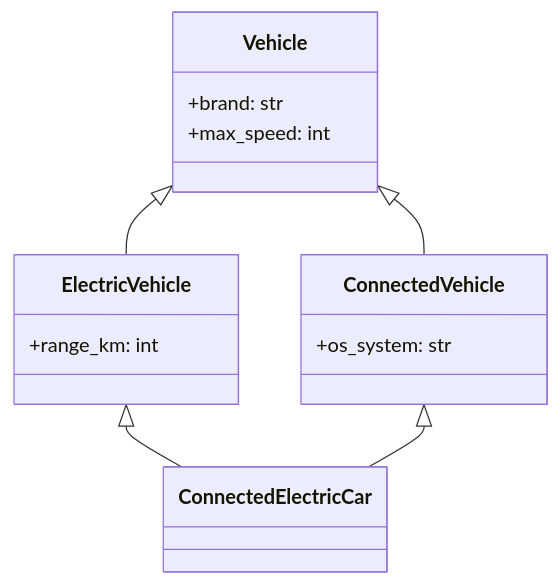
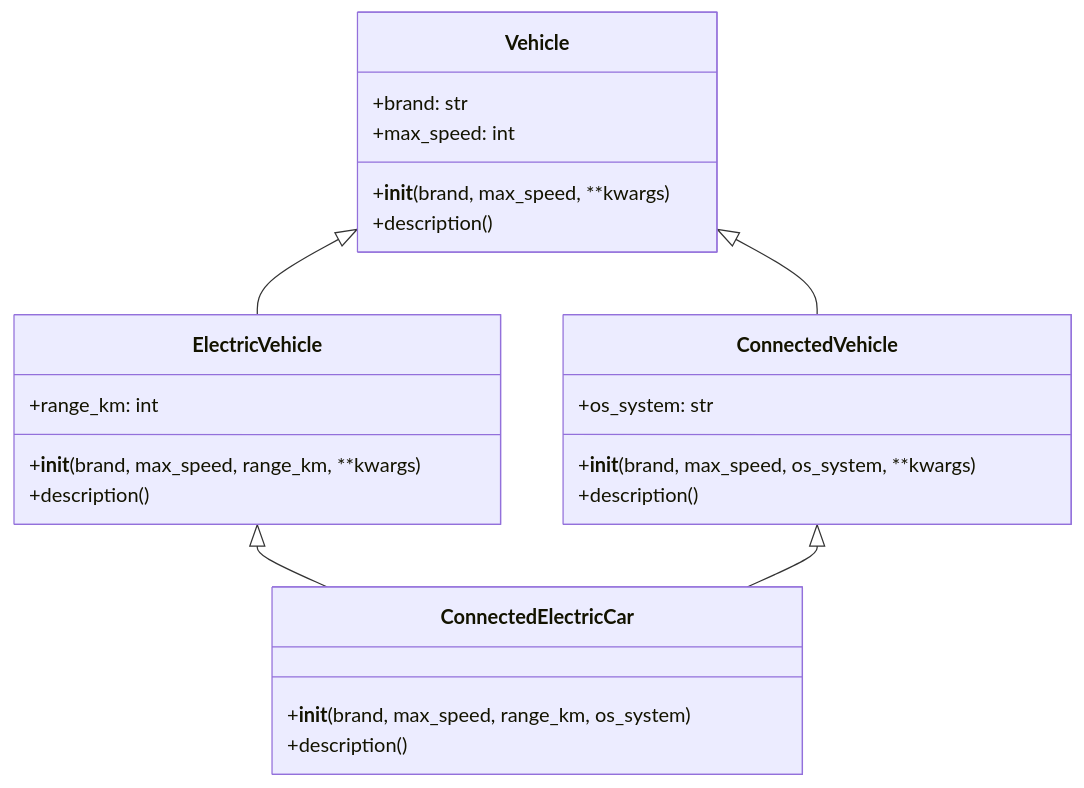
Diagram 13 of 22 in README.md (Lagmouchyoussef/Python-Practical-Works), drawn with Mermaid before and after one commit. The commit also changed other lines of this file, not shown here.

````diff
--- a/README.md
+++ b/README.md
@@ -342,23 +453,31 @@
 ```mermaid
 classDiagram
     class Vehicle {
         +brand: str
         +max_speed: int
+        +__init__(brand, max_speed, **kwargs)
+        +description()
     }
     
     class ElectricVehicle {
         +range_km: int
+        +__init__(brand, max_speed, range_km, **kwargs)
+        +description()
     }
     
     class ConnectedVehicle {
         +os_system: str
+        +__init__(brand, max_speed, os_system, **kwargs)
+        +description()
     }
     
     class ConnectedElectricCar {
+        +__init__(brand, max_speed, range_km, os_system)
+        +description()
     }
     
     Vehicle <|-- ElectricVehicle
     Vehicle <|-- ConnectedVehicle
     ElectricVehicle <|-- ConnectedElectricCar
     ConnectedVehicle <|-- ConnectedElectricCar
 ```
````
